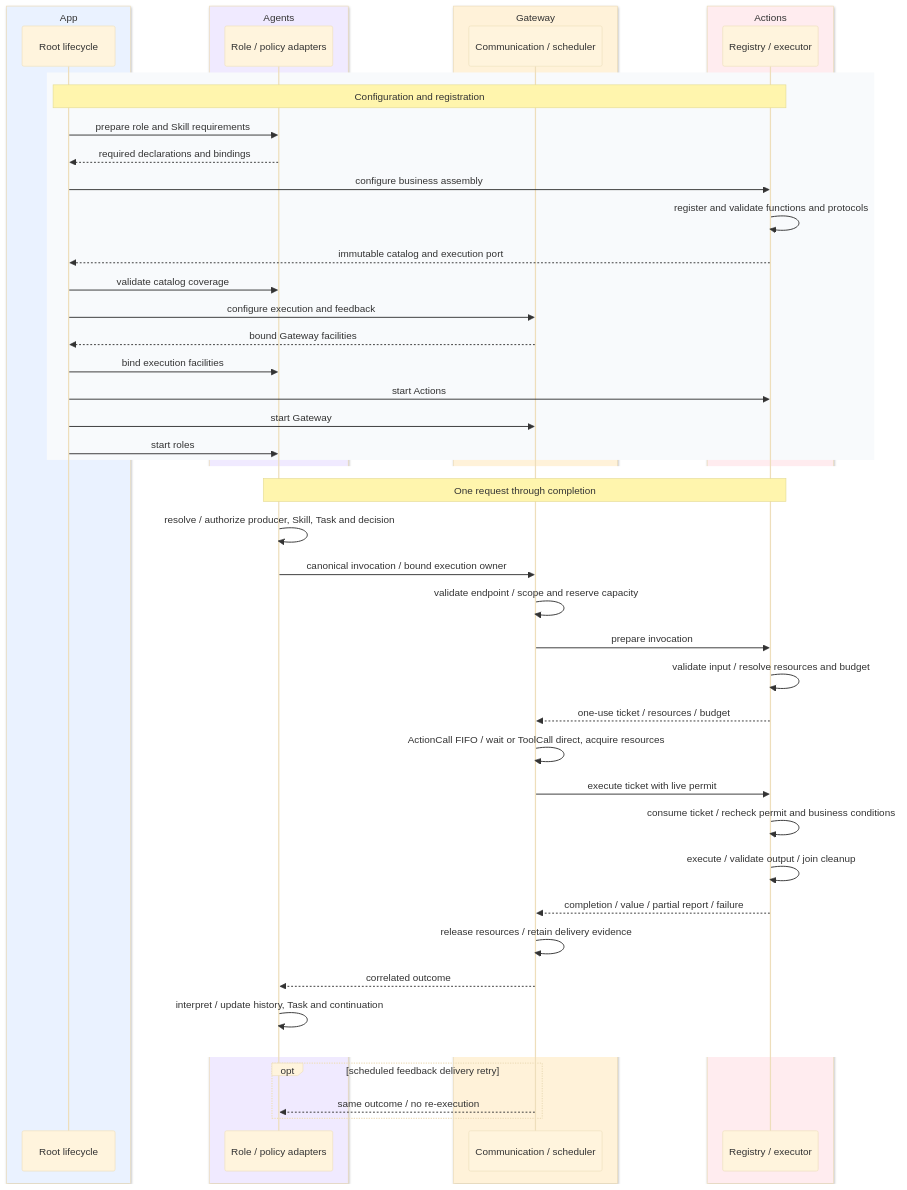
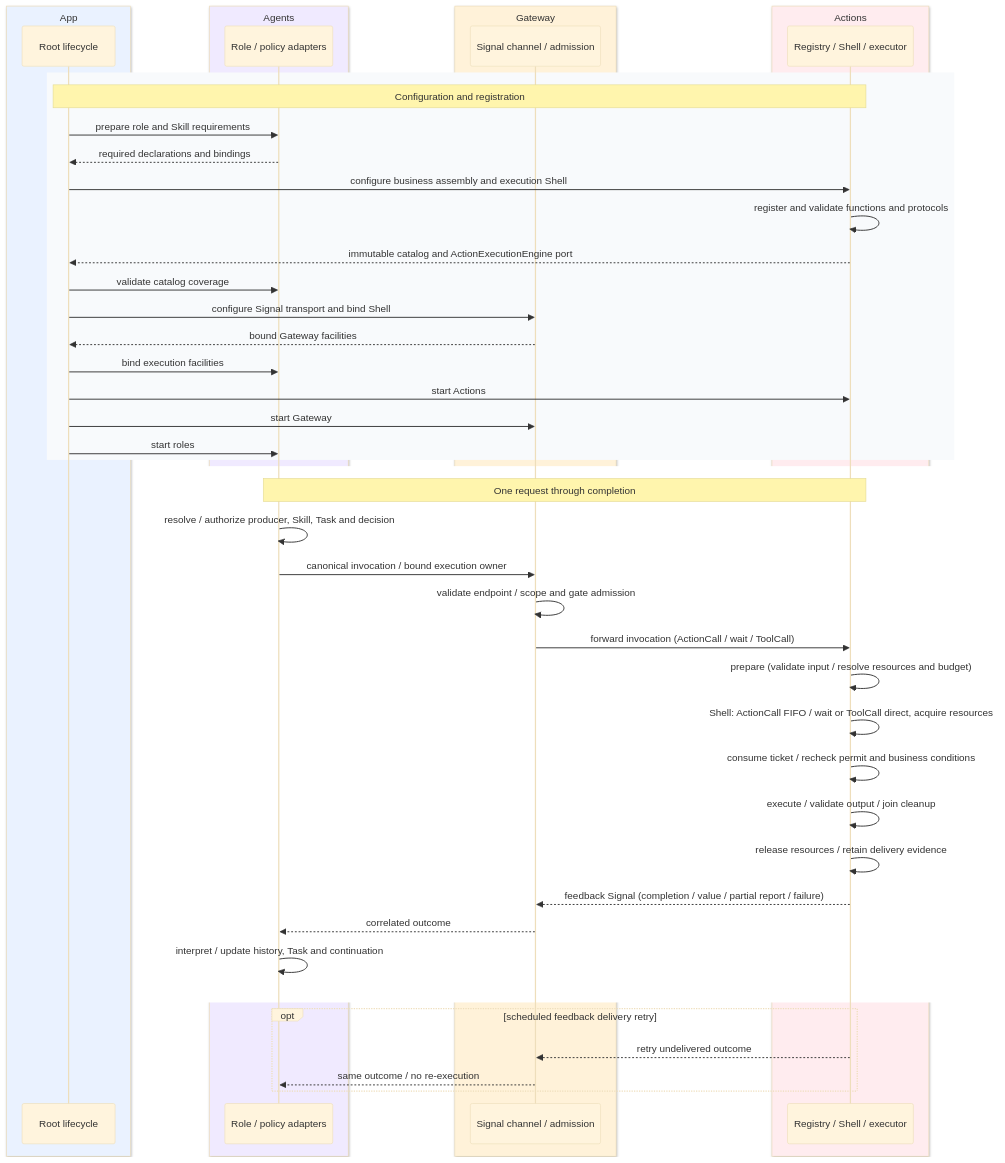
One commit to devilyouwei/MobileHarness changed diagram 12 of 27 in MobileHarness/README.md. Above: the diagram before and after it, drawn with Mermaid (base theme). The commit also changed other lines of this file and 4 other files, not shown here.

First line of the commit message:
docs: align READMEs and diagrams with Gateway/Actions separation

````diff
--- a/MobileHarness/README.md
+++ b/MobileHarness/README.md
@@ -775,50 +774,49 @@
 ```mermaid
 sequenceDiagram
     box rgb(234,242,255) App
         participant App as Root lifecycle
     end
     box rgb(240,234,255) Agents
         participant A as Role / policy adapters
     end
     box rgb(255,242,217) Gateway
-        participant G as Communication / scheduler
+        participant G as Signal channel / admission
     end
     box rgb(255,236,239) Actions
-        participant X as Registry / executor
+        participant X as Registry / Shell / executor
     end
     rect rgb(248,250,252)
         Note over App,X: Configuration and registration
         App->>A: prepare role and Skill requirements
         A-->>App: required declarations and bindings
-        App->>X: configure business assembly
+        App->>X: configure business assembly and execution Shell
         X->>X: register and validate functions and protocols
-        X-->>App: immutable catalog and execution port
+        X-->>App: immutable catalog and ActionExecutionEngine port
         App->>A: validate catalog coverage
-        App->>G: configure execution and feedback
+        App->>G: configure Signal transport and bind Shell
         G-->>App: bound Gateway facilities
         App->>A: bind execution facilities
         App->>X: start Actions
         App->>G: start Gateway
         App->>A: start roles
     end
     rect rgb(255,255,255)
         Note over A,X: One request through completion
         A->>A: resolve / authorize producer, Skill, Task and decision
         A->>G: canonical invocation / bound execution owner
-        G->>G: validate endpoint / scope and reserve capacity
-        G->>X: prepare invocation
-        X->>X: validate input / resolve resources and budget
-        X-->>G: one-use ticket / resources / budget
-        G->>G: ActionCall FIFO / wait or ToolCall direct, acquire resources
-        G->>X: execute ticket with live permit
+        G->>G: validate endpoint / scope and gate admission
+        G->>X: forward invocation (ActionCall / wait / ToolCall)
+        X->>X: prepare (validate input / resolve resources and budget)
+        X->>X: Shell: ActionCall FIFO / wait or ToolCall direct, acquire resources
         X->>X: consume ticket / recheck permit and business conditions
         X->>X: execute / validate output / join cleanup
-        X-->>G: completion / value / partial report / failure
-        G->>G: release resources / retain delivery evidence
+        X->>X: release resources / retain delivery evidence
+        X-->>G: feedback Signal (completion / value / partial report / failure)
         G-->>A: correlated outcome
         A->>A: interpret / update history, Task and continuation
     end
     opt scheduled feedback delivery retry
+        X-->>G: retry undelivered outcome
         G-->>A: same outcome / no re-execution
     end
 ```
````
